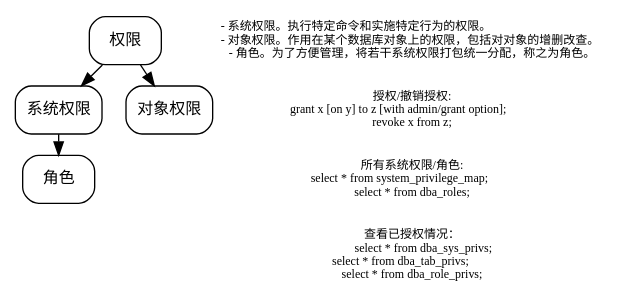
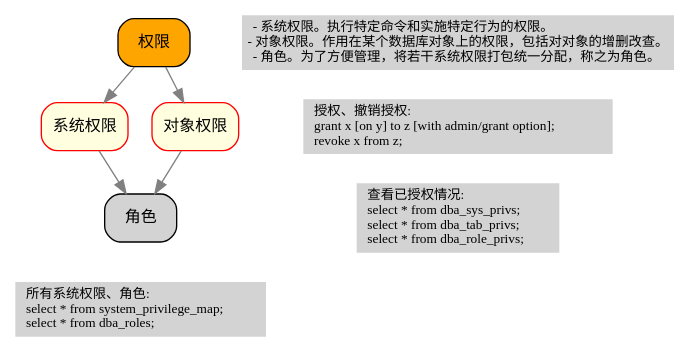
One commit to softwarelyz/note changed the third of 4 diagrams in database-oracle.org. Above: the diagram before and after it, drawn with Graphviz. The commit also changed other lines of this file and 9 other files, not shown here.

```diff
--- a/database-oracle.org
+++ b/database-oracle.org
@@ -572,21 +572,22 @@
 #+BEGIN_SRC dot :file assets/dot/oracle_privs.jpg :exports results
-  digraph OP {
-      node [shape=Mrecord,fontname="楷体",fontsize=12];
+  digraph xxoo {
+      ranksep=.3;
 
-      Privs [label=" 权限 "];
-      SysPriv [label=" 系统权限 "];
-      TabPriv [label=" 对象权限 "];
+      node [shape=Mrecord,fontname=SimSun,fontsize=12,style=filled];
+      Privs [label=" 权限 ",fillcolor=orange];
+      SysPriv [label=" 系统权限 ",fillcolor=lightyellow,color=red];
+      TabPriv [label=" 对象权限 ",fillcolor=lightyellow,color=red];
       Role [label=" 角色 "];
 
-      Privs -> { SysPriv,TabPriv };
-      SysPriv -> Role;
+      Privs -> { SysPriv,TabPriv } -> Role [color=gray];
 
-      node [shape=plaintext,fontsize=9,color=blue];
-      ranksep = .2;
-      a [label="- 系统权限。执行特定命令和实施特定行为的权限。\l - 对象权限。作用在某个数据库对象上的权限，包括对对象的增删改查。\l - 角色。为了方便管理，将若干系统权限打包统一分配，称之为角色。"];
-      b [label="授权/撤销授权: \ngrant x [on y] to z [with admin/grant option];\lrevoke x from z;"];
-      c [label="所有系统权限/角色: \nselect * from system_privilege_map;\lselect * from dba_roles;"];
-      d [label="查看已授权情况：\nselect * from dba_sys_privs;\rselect * from dba_tab_privs;\lselect * from dba_role_privs;"];
-      a -> b -> c -> d [style=invis];
+      node [shape=none,fontsize=10];
+      a [label="- 系统权限。执行特定命令和实施特定行为的权限。\l- 对象权限。作用在某个数据库对象上的权限，包括对对象的增删改查。\n- 角色。为了方便管理，将若干系统权限打包统一分配，称之为角色。\l"];
+      b [label="授权、撤销授权:\lgrant x [on y] to z [with admin/grant option];\lrevoke x from z;\l"];
+      c [label="查看已授权情况:\lselect * from dba_sys_privs;\lselect * from dba_tab_privs;\lselect * from dba_role_privs;\l"];
+      d [label="所有系统权限、角色:\lselect * from system_privilege_map;\lselect * from dba_roles;\l"];
+
+      a -> b -> c [style=invis];
+      Role -> d [style=invis];
   }
 #+END_SRC
```
